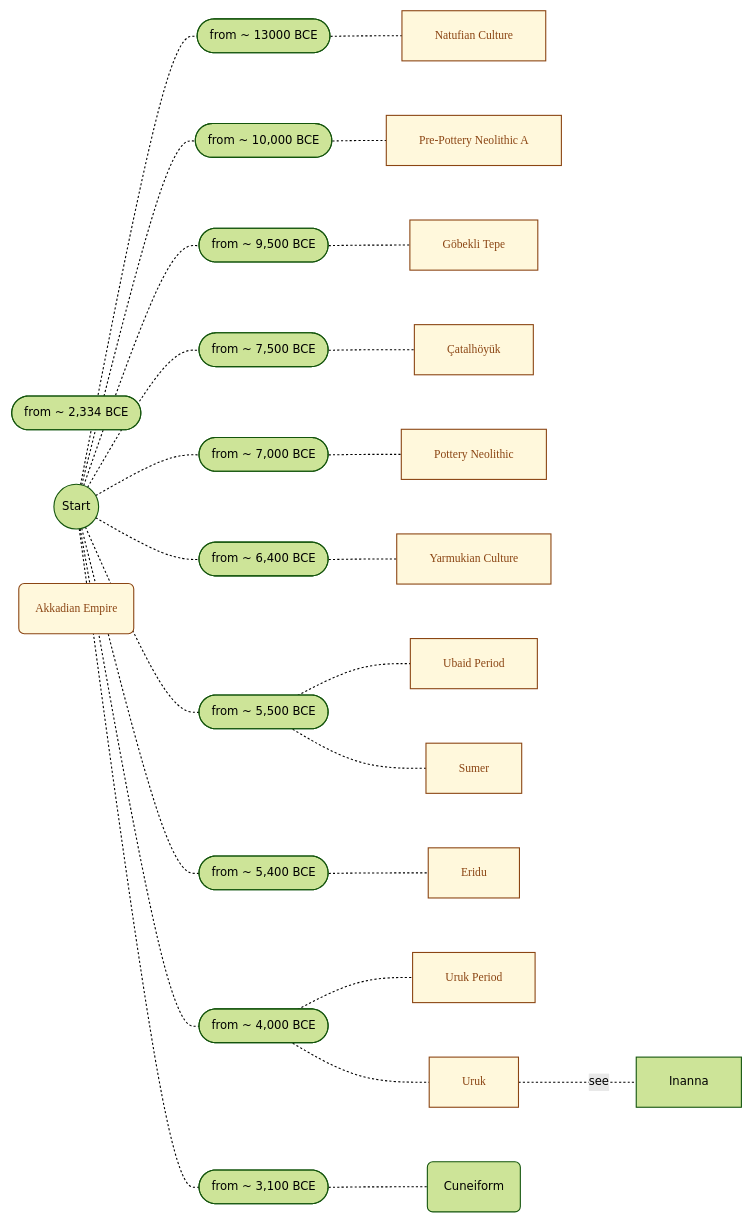
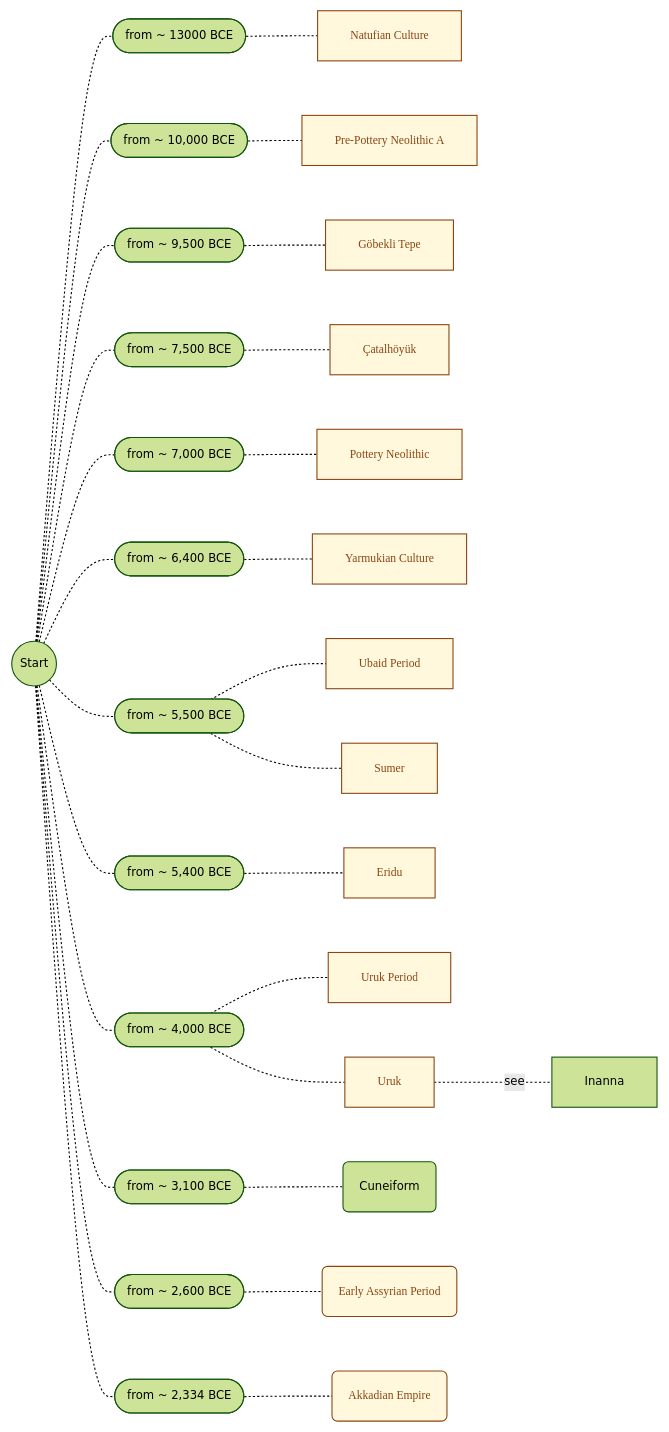
One commit to joe-dorward/samples changed the diagram in 0000_General/mesopotamian_timeline_v1.01.md. Above: the diagram before and after it, drawn with Mermaid.

````diff
--- a/0000_General/mesopotamian_timeline_v1.01.md
+++ b/0000_General/mesopotamian_timeline_v1.01.md
@@ -5,75 +5,81 @@
 ```mermaid
 %%{init: { 'theme':'forest', 'themeVariables': { 'fontSize':'8pt' } }}%%
 flowchart LR
 classDef Note fill:cornsilk, stroke:saddlebrown, color:saddlebrown, font-family:verdana, text-align:left, line-height:150%, margin:0px, padding:0px;
 classDef Note_b fill:cornsilk, stroke:saddlebrown, color:saddlebrown, font-family:verdana, text-align:left, margin:0px, padding:0px, height:40px;
       START(("Start"))
 
       13000([from ~ 13000 BCE])
       NATUFIAN[Natufian Culture]
       click NATUFIAN "https://en.wikipedia.org/wiki/Natufian_culture" _blank
 
       10000([from ~ 10,000 BCE])
       PRE_POTTERY_NEOLITHIC_A[Pre-Pottery Neolithic A]
       click PRE_POTTERY_NEOLITHIC_A "https://en.wikipedia.org/wiki/Pre-Pottery_Neolithic_A" _blank
 
       9500([from ~ 9,500 BCE])
       GOBEKLI_TEPE[Göbekli Tepe]
       click GOBEKLI_TEPE "https://en.wikipedia.org/wiki/Göbekli_Tepe" _blank
 
       7500([from ~ 7,500 BCE])
       CATALHOYUK[Çatalhöyük]
       click CATALHOYUK "https://en.wikipedia.org/wiki/Çatalhöyük" _blank
 
       7000([from ~ 7,000 BCE])
       POTTERY_NEOLITHIC[Pottery Neolithic]
 
       6400([from ~ 6,400 BCE])
       YARNUKIAN[Yarmukian Culture]
       click YARNUKIAN "https://en.wikipedia.org/wiki/Yarmukian_culture" _blank
 
       5500([from ~ 5,500 BCE])
             UBAID[Ubaid Period]
             click UBAID "https://en.wikipedia.org/wiki/Ubaid_period" _blank
             SUMER[Sumer]
             click SUMER "https://en.wikipedia.org/wiki/Sumer" _blank
 
       5400([from ~ 5,400 BCE])
       ERIDU[Eridu]
       click ERIDU "https://en.wikipedia.org/wiki/Eridu" _blank
 
       4000([from ~ 4,000 BCE])
             URUK_PERIOD[Uruk Period]
             click URUK_PERIOD "https://en.wikipedia.org/wiki/Uruk_period" _blank
 
             URUK[Uruk]
             click URUK "https://en.wikipedia.org/wiki/Uruk" _blank
 
             INANNA[Inanna]
             click INANNA "https://en.wikipedia.org/wiki/Inanna" _blank
 
       3100([from ~ 3,100 BCE])
             CUNEIFORM(Cuneiform)
             click CUNEIFORM "https://en.wikipedia.org/wiki/Cuneiform" _blank
 
+      2600([from ~ 2,600 BCE])
+            EARLY_ASSYRIAN_PERIOD(Early Assyrian Period)
+            click EARLY_ASSYRIAN_PERIOD "https://en.wikipedia.org/wiki/Early_Assyrian_period" _blank
+
       2334([from ~ 2,334 BCE])
             AKKADIAN_EMPIRE(Akkadian Empire)
             click AKKADIAN_EMPIRE "https://en.wikipedia.org/wiki/Akkadian_Empire" _blank
 
 
 
-      class NATUFIAN,PRE_POTTERY_NEOLITHIC_A,GOBEKLI_TEPE,CATALHOYUK,POTTERY_NEOLITHIC,YARNUKIAN,UBAID,SUMER,ERIDU,URUK_PERIOD,URUK,AKKADIAN_EMPIRE Note;
+      class NATUFIAN,PRE_POTTERY_NEOLITHIC_A,GOBEKLI_TEPE,CATALHOYUK,POTTERY_NEOLITHIC,YARNUKIAN,UBAID,SUMER,ERIDU,URUK_PERIOD,URUK,EARLY_ASSYRIAN_PERIOD,AKKADIAN_EMPIRE Note;
       %% ========== ========== ========== ========== ==========
       START-.-13000-.-NATUFIAN
       START-.-10000-.-PRE_POTTERY_NEOLITHIC_A
       START-.-9500-.-GOBEKLI_TEPE
       START-.-7500-.-CATALHOYUK
       START-.-7000-.-POTTERY_NEOLITHIC
       START-.-6400-.-YARNUKIAN
       START-.-5500-.-UBAID
               5500-.-SUMER
       START-.-5400-.-ERIDU
       START-.-4000-.-URUK_PERIOD
               4000-.-URUK-."see".-INANNA
       START-.-3100-.-CUNEIFORM
+      START-.-2600-.-EARLY_ASSYRIAN_PERIOD
+      START-.-2334-.-AKKADIAN_EMPIRE
 ```
````
